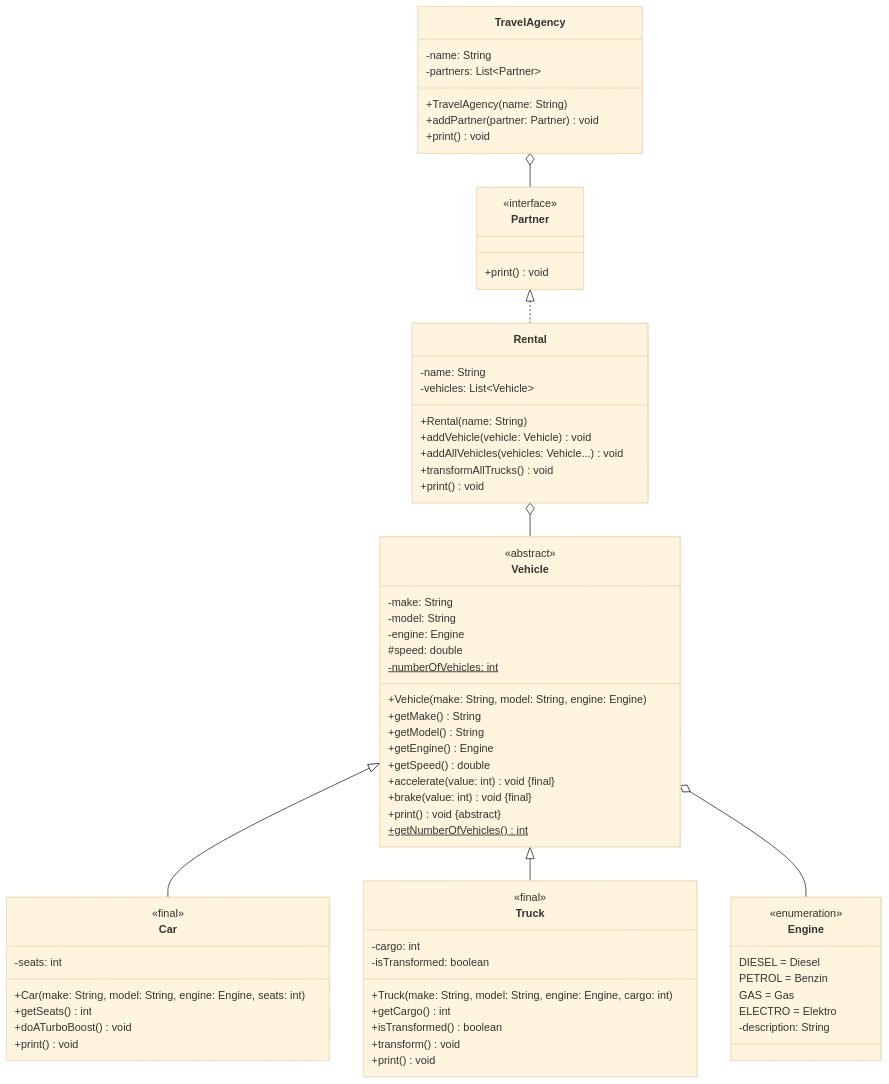
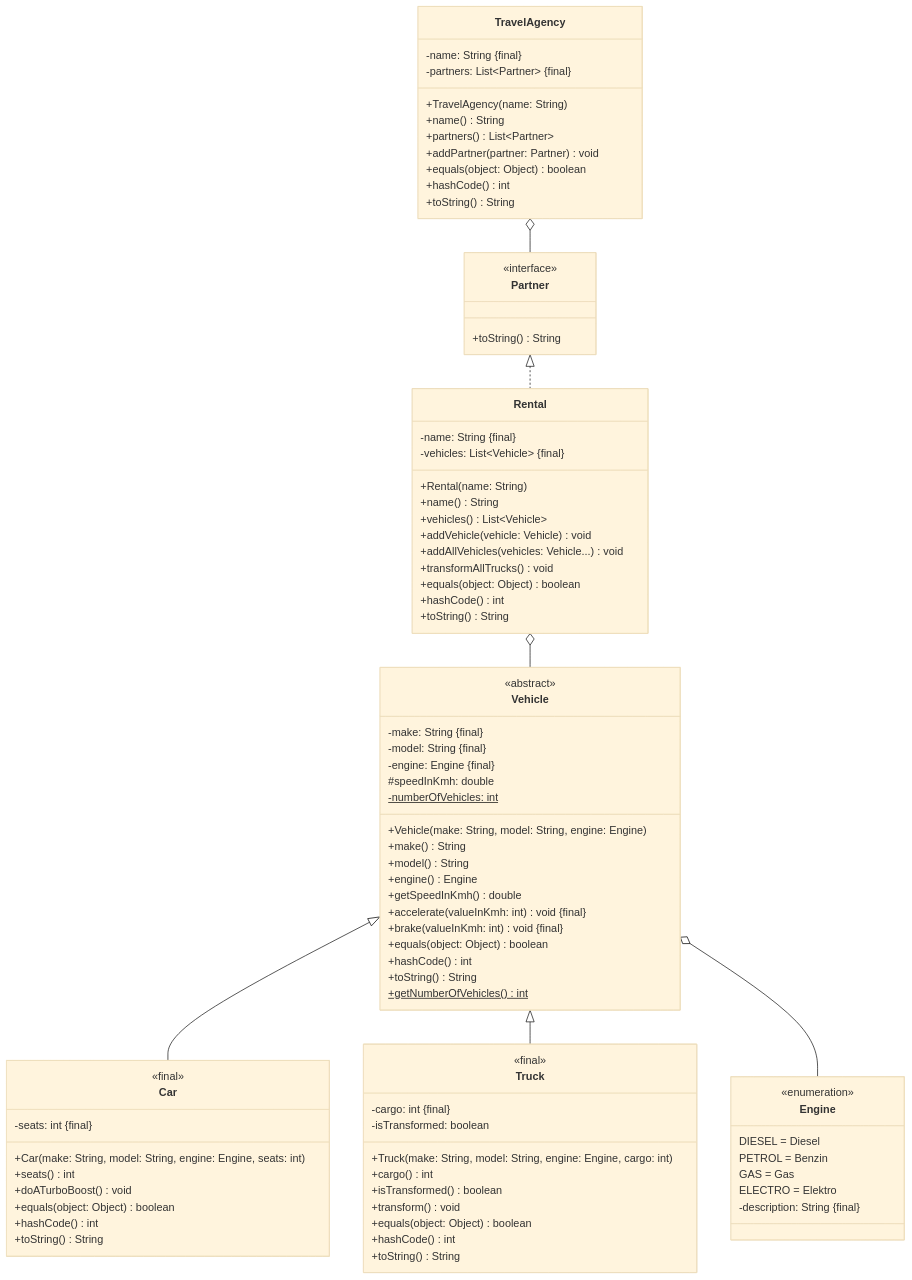
The diagram in docs/exercises/interfaces/interfaces01.mdx (jappuccini/java-docs), drawn with Mermaid (base theme) before and after one commit. The commit also changed other lines of this file and 39 other files, not shown here.

````diff
--- a/docs/exercises/interfaces/interfaces01.mdx
+++ b/docs/exercises/interfaces/interfaces01.mdx
@@ -27,19 +27,21 @@
 
     class Vehicle {
         <<abstract>>
-        -make: String
-        -model: String
-        -engine: Engine
-        #speed: double
+        -make: String &#123final&#125
+        -model: String &#123final&#125
+        -engine: Engine &#123final&#125
+        #speedInKmh: double
         -numberOfVehicles: int$
         +Vehicle(make: String, model: String, engine: Engine)
-        +getMake() String
-        +getModel() String
-        +getEngine() Engine
-        +getSpeed() double
-        +accelerate(value: int) void &#123final&#125
-        +brake(value: int) void &#123final&#125
-        +print() void &#123abstract&#125
+        +make() String
+        +model() String
+        +engine() Engine
+        +getSpeedInKmh() double
+        +accelerate(valueInKmh: int) void &#123final&#125
+        +brake(valueInKmh: int) void &#123final&#125
+        +equals(object: Object) boolean
+        +hashCode() int
+        +toString() String
         +getNumberOfVehicles()$ int
     }
 
@@ -49,49 +51,61 @@
         PETROL = Benzin
         GAS = Gas
         ELECTRO = Elektro
-        -description: String
+        -description: String &#123final&#125
     }
 
     class Car {
         <<final>>
-        -seats: int
+        -seats: int &#123final&#125
         +Car(make: String, model: String, engine: Engine, seats: int)
-        +getSeats() int
+        +seats() int
         +doATurboBoost() void
-        +print() void
+        +equals(object: Object) boolean
+        +hashCode() int
+        +toString() String
     }
 
     class Truck {
         <<final>>
-        -cargo: int
+        -cargo: int &#123final&#125
         -isTransformed: boolean
         +Truck(make: String, model: String, engine: Engine, cargo: int)
-        +getCargo() int
+        +cargo() int
         +isTransformed() boolean
         +transform() void
-        +print() void
+        +equals(object: Object) boolean
+        +hashCode() int
+        +toString() String
     }
 
     class Rental {
-        -name: String
-        -vehicles: List~Vehicle~
+        -name: String &#123final&#125
+        -vehicles: List~Vehicle~ &#123final&#125
         +Rental(name: String)
+        +name() String
+        +vehicles() List~Vehicle~
         +addVehicle(vehicle: Vehicle) void
         +addAllVehicles(vehicles: Vehicle...) void
         +transformAllTrucks() void
-        +print() void
+        +equals(object: Object) boolean
+        +hashCode() int
+        +toString() String
     }
 
     class Partner {
         <<interface>>
-        +print() void
+        +toString() String
     }
 
     class TravelAgency {
-        -name: String
-        -partners: List~Partner~
+        -name: String &#123final&#125
+        -partners: List~Partner~ &#123final&#125
         +TravelAgency(name: String)
+        +name() String
+        +partners() List~Partner~
         +addPartner(partner: Partner) void
-        +print() void
+        +equals(object: Object) boolean
+        +hashCode() int
+        +toString() String
     }
 ```
````
